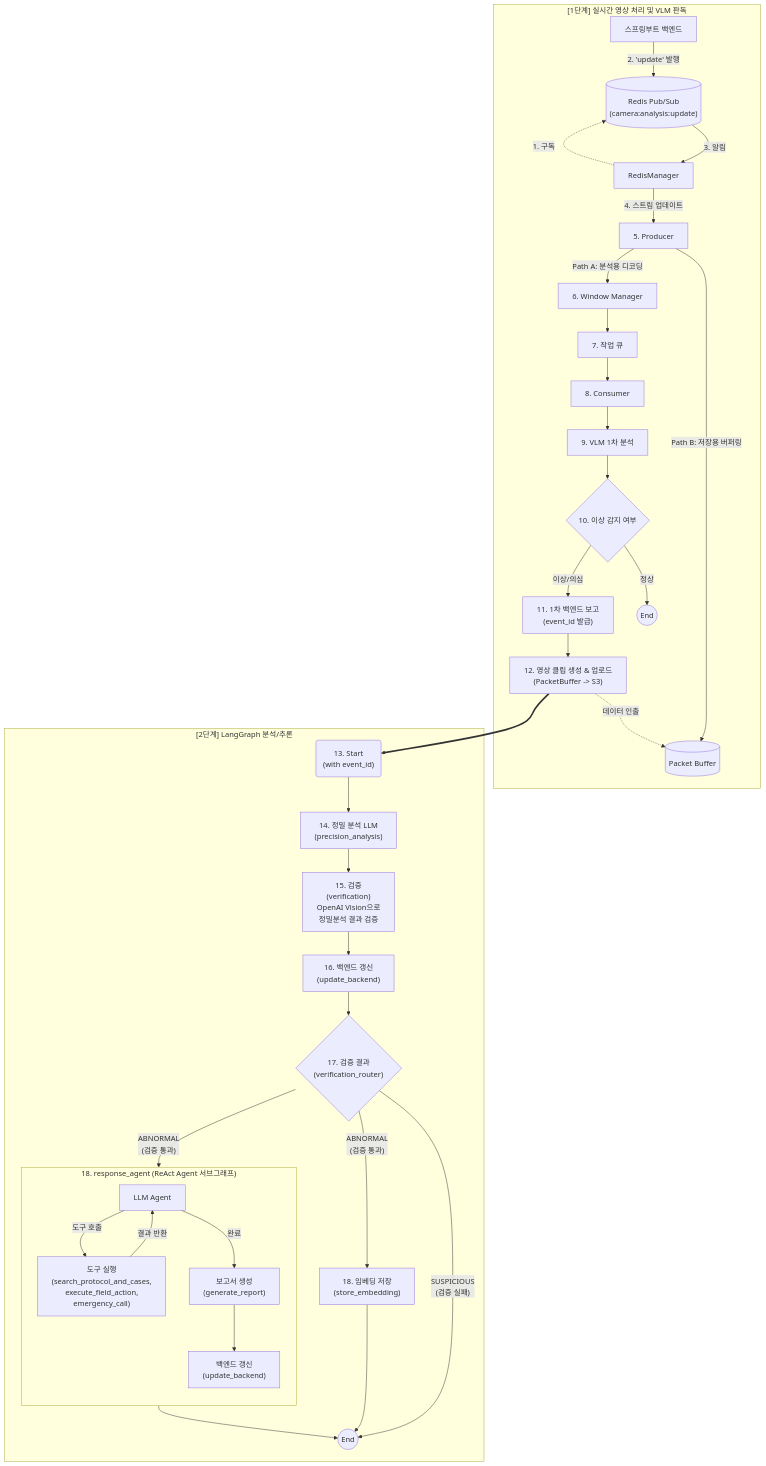
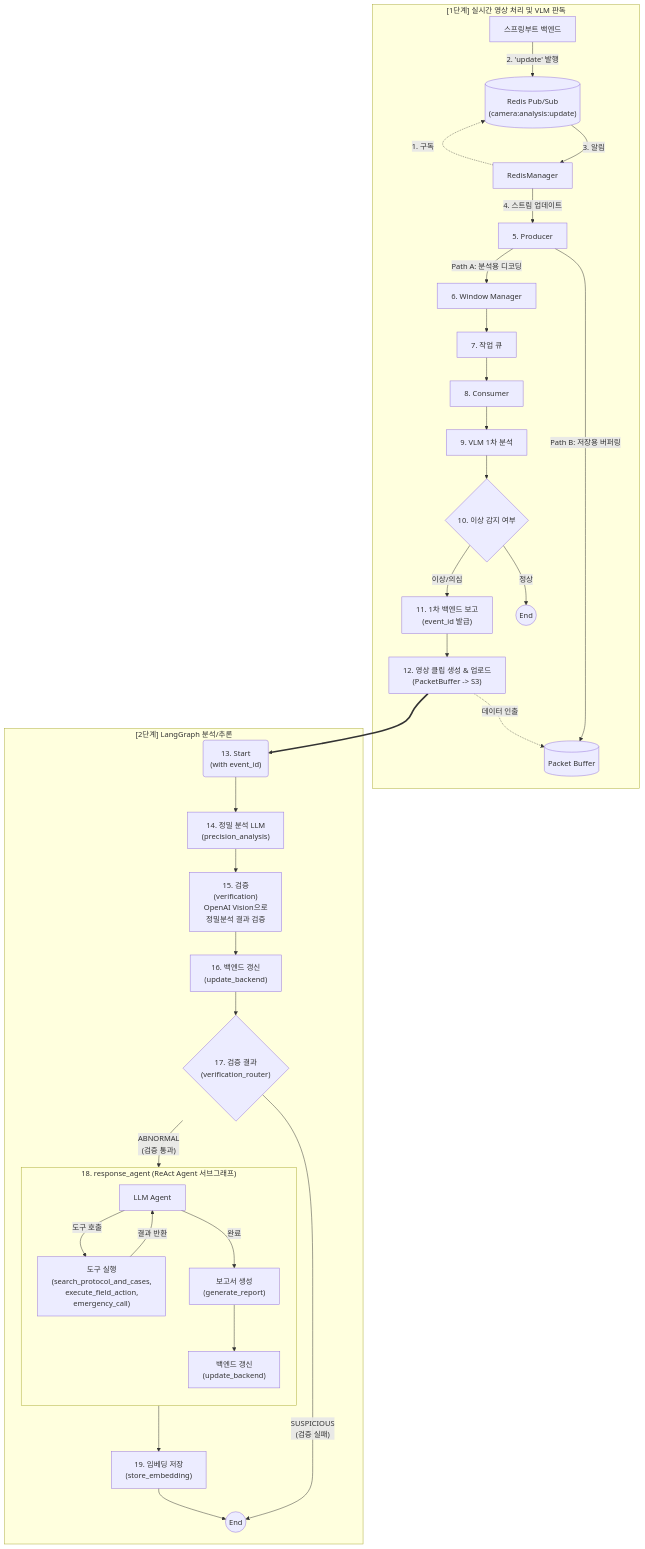
One commit to AIX-01/aegis-ai-agent changed the first of 2 diagrams in README.md. Above: the diagram before and after it, drawn with Mermaid. The commit also changed other lines of this file and 8 other files, not shown here.

````diff
--- a/README.md
+++ b/README.md
@@ -684,59 +790,57 @@
 ```mermaid
 graph TD
     subgraph RealTime["[1단계] 실시간 영상 처리 및 VLM 판독"]
         ExtMgr["스프링부트 백엔드"]
         RedisCh[("Redis Pub/Sub<br>(camera:analysis:update)")]
         RM["RedisManager"]
 
         RM -. "1. 구독" .-> RedisCh
         ExtMgr -- "2. 'update' 발행" --> RedisCh
         RedisCh -- "3. 알림" --> RM
         
         RM -- "4. 스트림 업데이트" --> P["5. Producer"]
         P -- "Path A: 분석용 디코딩" --> W["6. Window Manager"]
         P -- "Path B: 저장용 버퍼링" --> PB[("Packet Buffer")]
         
         W --> Q["7. 작업 큐"]
         Q --> C["8. Consumer"]
         C --> VLM["9. VLM 1차 분석"]
         VLM --> Router{"10. 이상 감지 여부"}
         Router -- "이상/의심" --> BR["11. 1차 백엔드 보고<br>(event_id 발급)"]
         BR --> Clip["12. 영상 클립 생성 & 업로드<br>(PacketBuffer -> S3)"]
         Clip -. "데이터 인출" .-> PB
         Router -- "정상" --> EndLocal((End))
     end
 
     subgraph LangGraph["[2단계] LangGraph 분석/추론"]
         Clip ~~~ Start
         Start("13. Start<br>(with event_id)")
         
         Start --> N_Precise["14. 정밀 분석 LLM <br>(precision_analysis)"]
         N_Precise --> N_Verify["15. 검증<br>(verification)<br>OpenAI Vision으로<br>정밀분석 결과 검증"]
         N_Verify --> N_Update["16. 백엔드 갱신<br>(update_backend)"]
         N_Update --> Router2{"17. 검증 결과<br>(verification_router)"}
         
-        Router2 -- "ABNORMAL<br>(검증 통과)" --> N_Embed["18. 임베딩 저장<br>(store_embedding)"]
         Router2 -- "SUSPICIOUS<br>(검증 실패)" --> EndGraph((End))
-        
-        N_Embed --> EndGraph
         
         Router2 -- "ABNORMAL<br>(검증 통과)" --> SubAgent
         
         subgraph SubAgent["18. response_agent (ReAct Agent 서브그래프)"]
             direction TB
             SA_Agent["LLM Agent"]
             SA_Tools["도구 실행<br>(search_protocol_and_cases,<br>execute_field_action,<br>emergency_call)"]
             SA_Report["보고서 생성<br>(generate_report)"]
             SA_UpdateBackend["백엔드 갱신<br>(update_backend)"]
             
             SA_Agent -- "도구 호출" --> SA_Tools
             SA_Tools -- "결과 반환" --> SA_Agent
             SA_Agent -- "완료" --> SA_Report
             SA_Report --> SA_UpdateBackend
         end
         
-        SubAgent --> EndGraph
+        SubAgent --> N_Embed["19. 임베딩 저장<br>(store_embedding)"]
+        N_Embed --> EndGraph
     end
 
     Clip ==> Start
 ```
````
